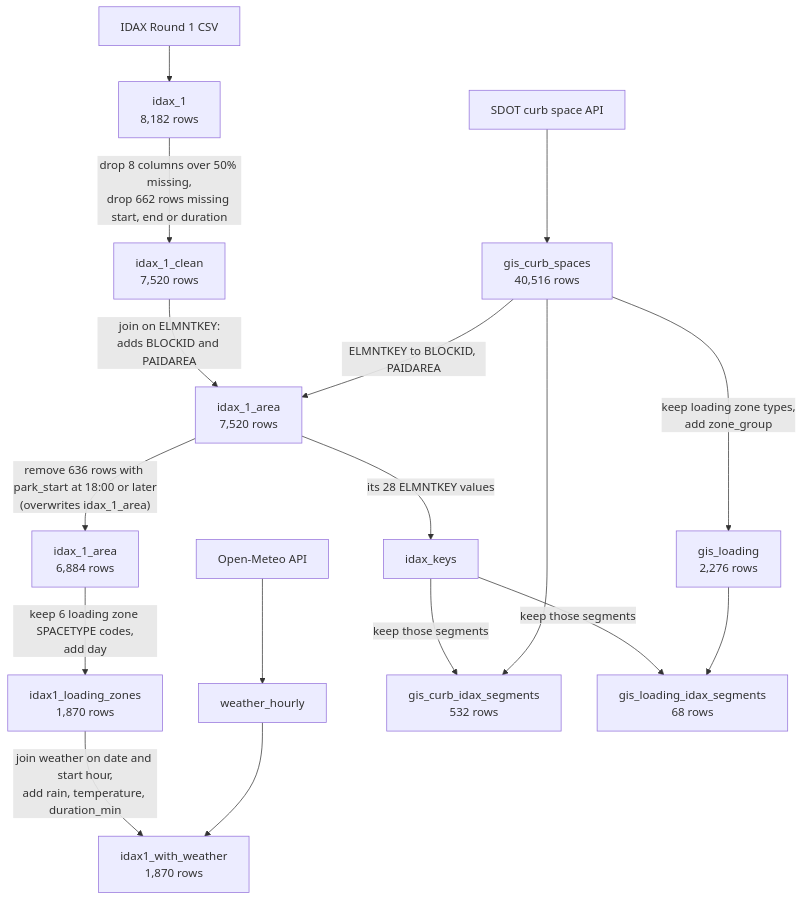
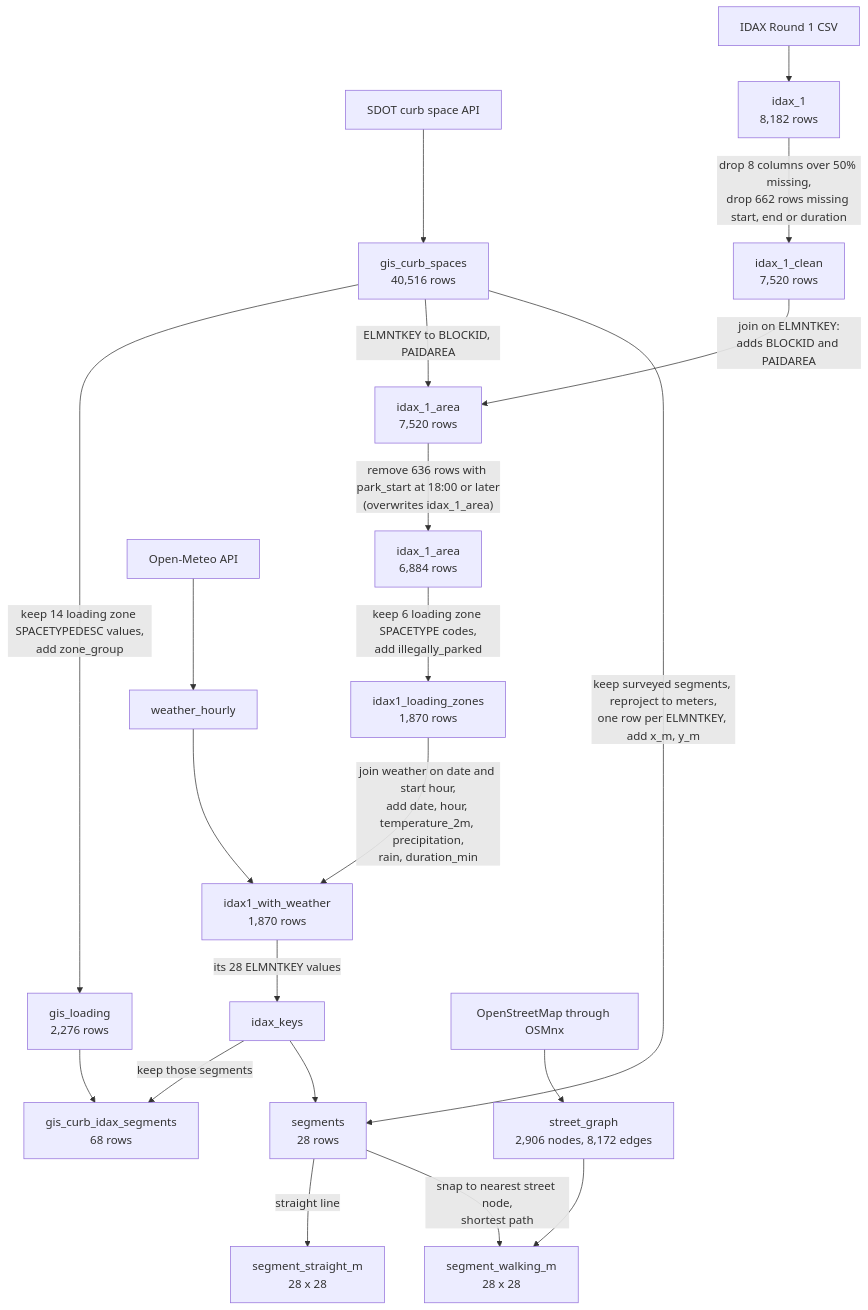
One commit to dshan805/freight-curb-allocation changed the diagram in docs/eda-variables.md. Above: the diagram before and after it, drawn with Mermaid. The commit also changed other lines of this file and 3 other files, not shown here.

````diff
--- a/docs/eda-variables.md
+++ b/docs/eda-variables.md
@@ -12,21 +12,25 @@
 ```mermaid
 flowchart TD
     API["SDOT curb space API"] --> gis_curb_spaces["gis_curb_spaces<br/>40,516 rows"]
-    gis_curb_spaces -->|"keep loading zone types,<br/>add zone_group"| gis_loading["gis_loading<br/>2,276 rows"]
+    gis_curb_spaces -->|"keep 14 loading zone SPACETYPEDESC values,<br/>add zone_group"| gis_loading["gis_loading<br/>2,276 rows"]
 
     CSV1["IDAX Round 1 CSV"] --> idax_1["idax_1<br/>8,182 rows"]
     idax_1 -->|"drop 8 columns over 50% missing,<br/>drop 662 rows missing start, end or duration"| idax_1_clean["idax_1_clean<br/>7,520 rows"]
     idax_1_clean -->|"join on ELMNTKEY:<br/>adds BLOCKID and PAIDAREA"| idax_1_area["idax_1_area<br/>7,520 rows"]
     gis_curb_spaces -->|"ELMNTKEY to BLOCKID, PAIDAREA"| idax_1_area
     idax_1_area -->|"remove 636 rows with park_start at 18:00 or later<br/>(overwrites idax_1_area)"| idax_1_area_6pm["idax_1_area<br/>6,884 rows"]
-    idax_1_area_6pm -->|"keep 6 loading zone SPACETYPE codes,<br/>add day"| idax1_loading_zones["idax1_loading_zones<br/>1,870 rows"]
+    idax_1_area_6pm -->|"keep 6 loading zone SPACETYPE codes,<br/>add illegally_parked"| idax1_loading_zones["idax1_loading_zones<br/>1,870 rows"]
 
-    idax1_loading_zones -->|"join weather on date and start hour,<br/>add rain, temperature, duration_min"| idax1_with_weather["idax1_with_weather<br/>1,870 rows"]
+    idax1_loading_zones -->|"join weather on date and start hour,<br/>add date, hour, temperature_2m, precipitation,<br/>rain, duration_min"| idax1_with_weather["idax1_with_weather<br/>1,870 rows"]
     WEATHERAPI["Open-Meteo API"] --> weather_hourly["weather_hourly"] --> idax1_with_weather
 
-    idax_1_area -->|"its 28 ELMNTKEY values"| idax_keys["idax_keys"]
-    idax_keys -->|"keep those segments"| gis_curb_idax_segments["gis_curb_idax_segments<br/>532 rows"]
-    idax_keys -->|"keep those segments"| gis_loading_idax_segments["gis_loading_idax_segments<br/>68 rows"]
-    gis_curb_spaces --> gis_curb_idax_segments
-    gis_loading --> gis_loading_idax_segments
+    idax1_with_weather -->|"its 28 ELMNTKEY values"| idax_keys["idax_keys"]
+    idax_keys -->|"keep those segments"| gis_curb_idax_segments["gis_curb_idax_segments<br/>68 rows"]
+    gis_loading --> gis_curb_idax_segments
+
+    gis_curb_spaces -->|"keep surveyed segments, reproject to meters,<br/>one row per ELMNTKEY, add x_m, y_m"| segments["segments<br/>28 rows"]
+    idax_keys --> segments
+    segments -->|"straight line"| segment_straight_m["segment_straight_m<br/>28 x 28"]
+    segments -->|"snap to nearest street node,<br/>shortest path"| segment_walking_m["segment_walking_m<br/>28 x 28"]
+    OSM["OpenStreetMap through OSMnx"] --> street_graph["street_graph<br/>2,906 nodes, 8,172 edges"] --> segment_walking_m
 ```
````
